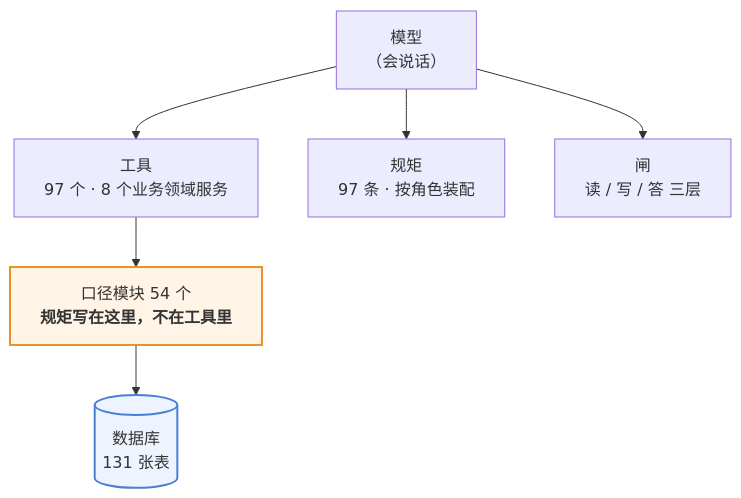
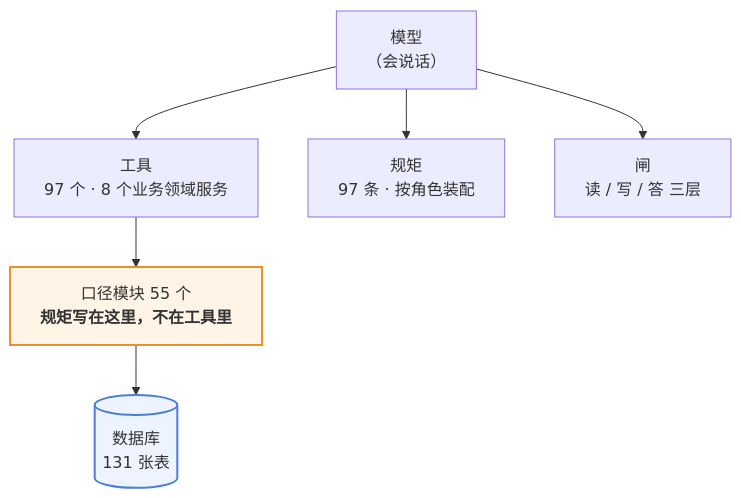
The first of 3 diagrams in 澜绣云裳agent-产品说明.md (843773296-rgb/lanxiu-yunshang-agent), drawn with Mermaid before and after one commit. The commit also changed other lines of this file and 19 other files, not shown here.

````diff
--- a/澜绣云裳agent-产品说明.md
+++ b/澜绣云裳agent-产品说明.md
@@ -62,12 +62,12 @@
 ```mermaid
 flowchart TD
     M["模型<br/>（会说话）"]
     M --> T["工具<br/>97 个 · 8 个业务领域服务"]
     M --> R["规矩<br/>97 条 · 按角色装配"]
     M --> G["闸<br/>读 / 写 / 答 三层"]
-    T --> K["口径模块 54 个<br/><b>规矩写在这里，不在工具里</b>"]
+    T --> K["口径模块 55 个<br/><b>规矩写在这里，不在工具里</b>"]
     K --> DB[("数据库<br/>131 张表")]
 
     style K fill:#fff4e6,stroke:#e8912d,stroke-width:2px
     style DB fill:#eef4ff,stroke:#4a7fd4,stroke-width:2px
 ```
````
